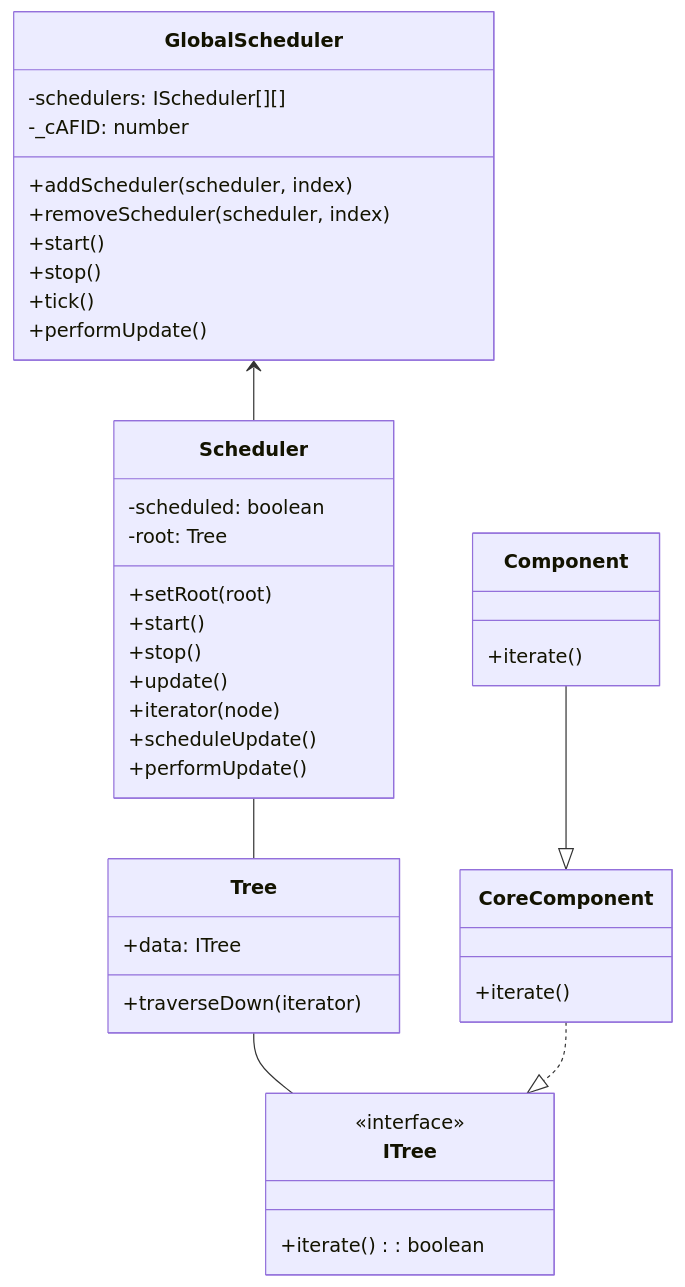
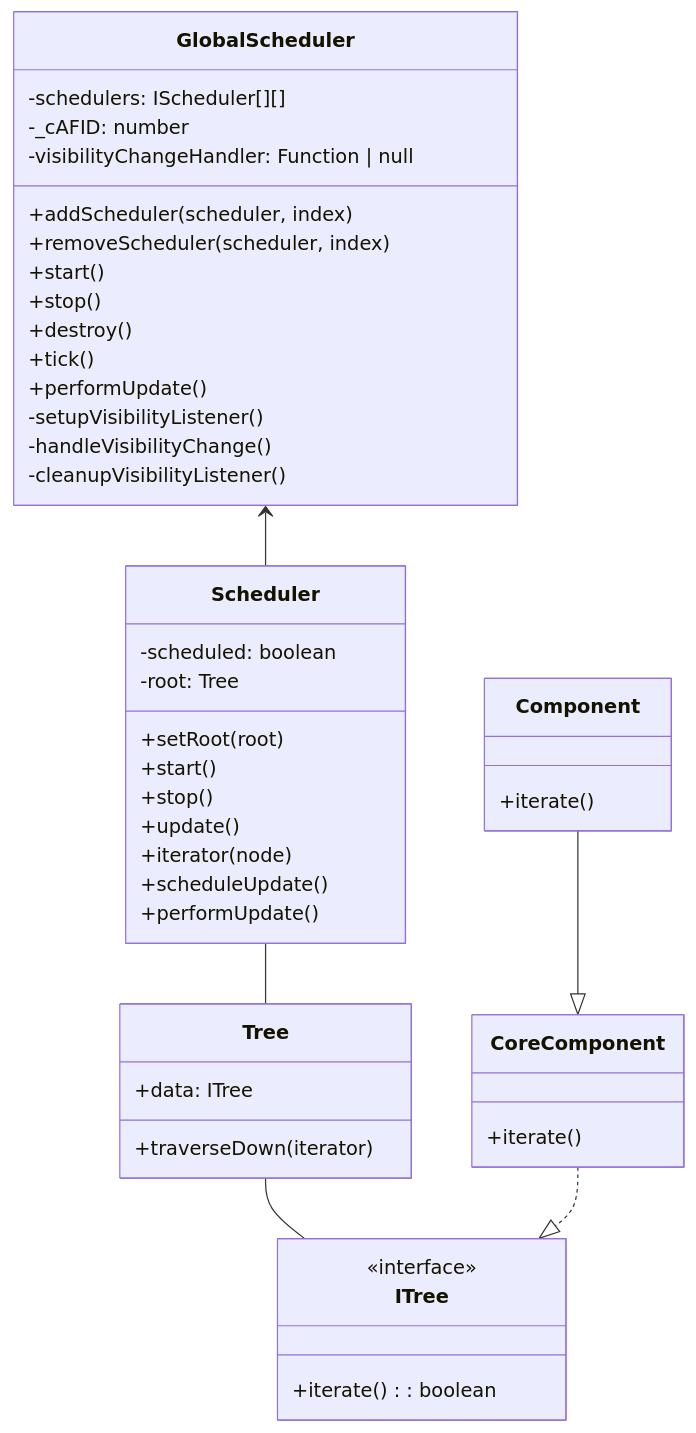
The first of 5 diagrams in docs/system/scheduler-system.md (gravity-ui/graph), drawn with Mermaid before and after one commit. The commit also changed other lines of this file and 1 other file, not shown here.

Commit message:
feat(GlobalScheduler): integrate Page Visibility API to manage background tab behavior and add cleanup method

````diff
--- a/docs/system/scheduler-system.md
+++ b/docs/system/scheduler-system.md
@@ -14,49 +14,54 @@
 ```mermaid
 classDiagram
     GlobalScheduler <-- Scheduler
     Scheduler -- Tree
     Tree -- ITree
     CoreComponent ..|> ITree
     Component --|> CoreComponent
     
     class GlobalScheduler {
         -schedulers: IScheduler[][]
         -_cAFID: number
+        -visibilityChangeHandler: Function | null
         +addScheduler(scheduler, index)
         +removeScheduler(scheduler, index)
         +start()
         +stop()
+        +destroy()
         +tick()
         +performUpdate()
+        -setupVisibilityListener()
+        -handleVisibilityChange()
+        -cleanupVisibilityListener()
     }
     
     class Scheduler {
         -scheduled: boolean
         -root: Tree
         +setRoot(root)
         +start()
         +stop()
         +update()
         +iterator(node)
         +scheduleUpdate()
         +performUpdate()
     }
     
     class Tree {
         +data: ITree
         +traverseDown(iterator)
     }
     
     class ITree {
         <<interface>>
         +iterate(): boolean
     }
     
     class CoreComponent {
         +iterate()
     }
     
     class Component {
         +iterate()
     }
 ```
````
